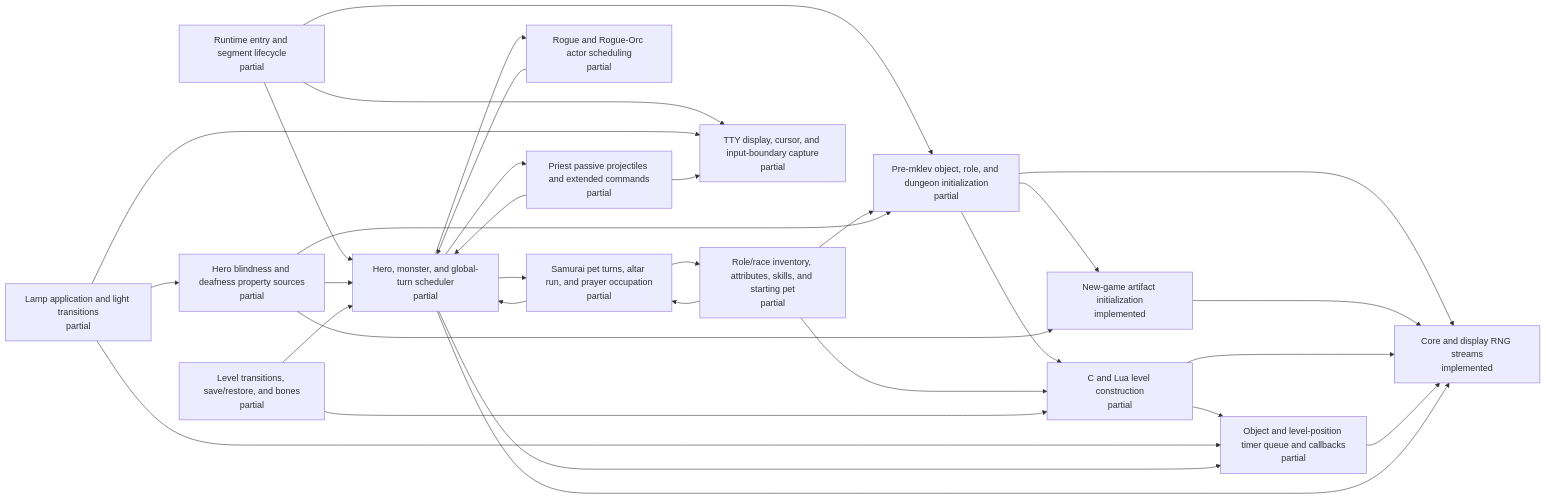
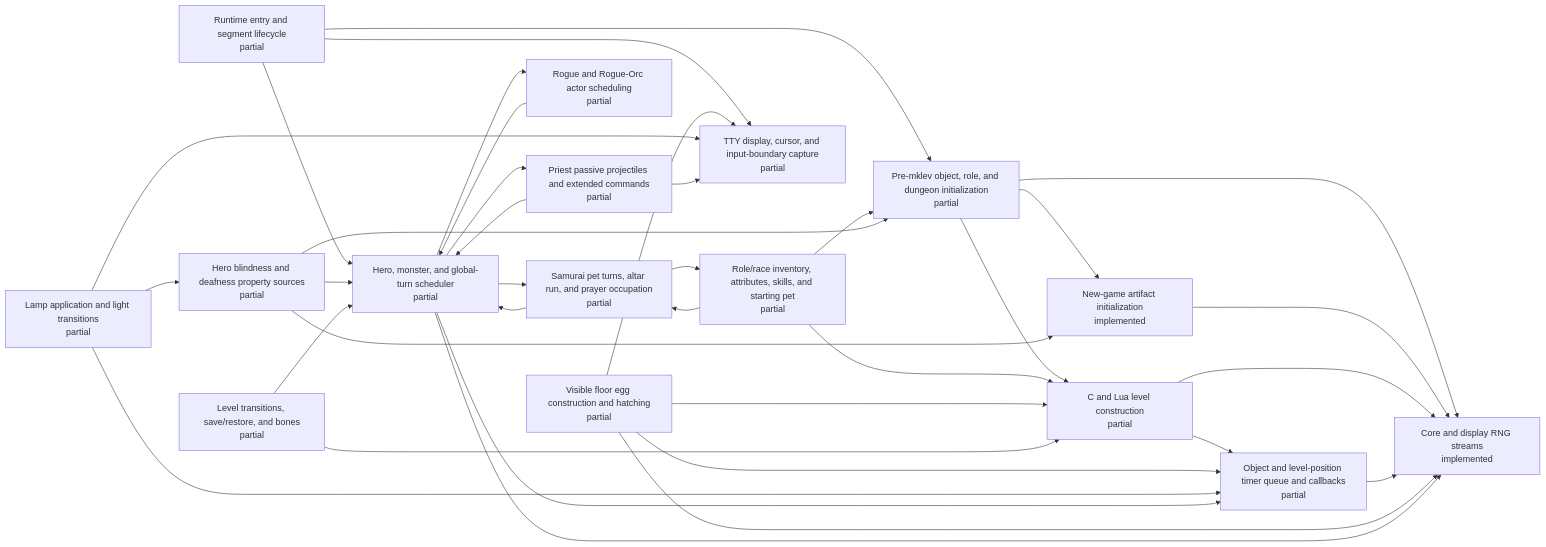
One commit to daoa0601/teleport-contest changed the diagram in docs/architecture/c-lua-ownership.generated.md. Above: the diagram before and after it, drawn with Mermaid. The commit also changed other lines of this file and 3 other files, not shown here.

Commit message:
Record floor egg hatch ownership

````diff
--- a/docs/architecture/c-lua-ownership.generated.md
+++ b/docs/architecture/c-lua-ownership.generated.md
@@ -11,49 +11,54 @@
 ```mermaid
 flowchart LR
     n_runtime_entry["Runtime entry and segment lifecycle<br/>partial"]
     n_rng_core["Core and display RNG streams<br/>implemented"]
     n_startup_pre_mklev["Pre-mklev object, role, and dungeon initialization<br/>partial"]
     n_startup_artifacts["New-game artifact initialization<br/>implemented"]
     n_startup_role_inventory["Role/race inventory, attributes, skills, and starting pet<br/>partial"]
     n_hero_sensory_properties["Hero blindness and deafness property sources<br/>partial"]
     n_level_generation["C and Lua level construction<br/>partial"]
     n_object_timer_queue["Object and level-position timer queue and callbacks<br/>partial"]
+    n_floor_egg_hatching["Visible floor egg construction and hatching<br/>partial"]
     n_timed_lamp_application["Lamp application and light transitions<br/>partial"]
     n_turn_scheduler["Hero, monster, and global-turn scheduler<br/>partial"]
     n_samurai_pet_turns["Samurai pet turns, altar run, and prayer occupation<br/>partial"]
     n_rogue_actor_scheduling["Rogue and Rogue-Orc actor scheduling<br/>partial"]
     n_priest_passive_projectiles["Priest passive projectiles and extended commands<br/>partial"]
     n_tty_display["TTY display, cursor, and input-boundary capture<br/>partial"]
     n_level_transition_persistence["Level transitions, save/restore, and bones<br/>partial"]
     n_runtime_entry --> n_startup_pre_mklev
     n_runtime_entry --> n_turn_scheduler
     n_runtime_entry --> n_tty_display
     n_startup_pre_mklev --> n_rng_core
     n_startup_pre_mklev --> n_startup_artifacts
     n_startup_pre_mklev --> n_level_generation
     n_startup_artifacts --> n_rng_core
     n_startup_role_inventory --> n_startup_pre_mklev
     n_startup_role_inventory --> n_level_generation
     n_startup_role_inventory --> n_samurai_pet_turns
     n_hero_sensory_properties --> n_startup_pre_mklev
     n_hero_sensory_properties --> n_startup_artifacts
     n_hero_sensory_properties --> n_turn_scheduler
     n_level_generation --> n_rng_core
     n_level_generation --> n_object_timer_queue
     n_object_timer_queue --> n_rng_core
+    n_floor_egg_hatching --> n_rng_core
+    n_floor_egg_hatching --> n_level_generation
+    n_floor_egg_hatching --> n_object_timer_queue
+    n_floor_egg_hatching --> n_tty_display
     n_timed_lamp_application --> n_object_timer_queue
     n_timed_lamp_application --> n_hero_sensory_properties
     n_timed_lamp_application --> n_tty_display
     n_turn_scheduler --> n_rng_core
     n_turn_scheduler --> n_object_timer_queue
     n_turn_scheduler --> n_samurai_pet_turns
     n_turn_scheduler --> n_rogue_actor_scheduling
     n_turn_scheduler --> n_priest_passive_projectiles
     n_samurai_pet_turns --> n_turn_scheduler
     n_samurai_pet_turns --> n_startup_role_inventory
     n_rogue_actor_scheduling --> n_turn_scheduler
     n_priest_passive_projectiles --> n_turn_scheduler
     n_priest_passive_projectiles --> n_tty_display
     n_level_transition_persistence --> n_level_generation
     n_level_transition_persistence --> n_turn_scheduler
 ```
````
